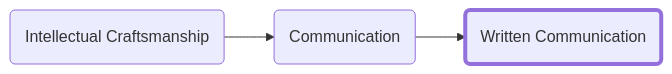
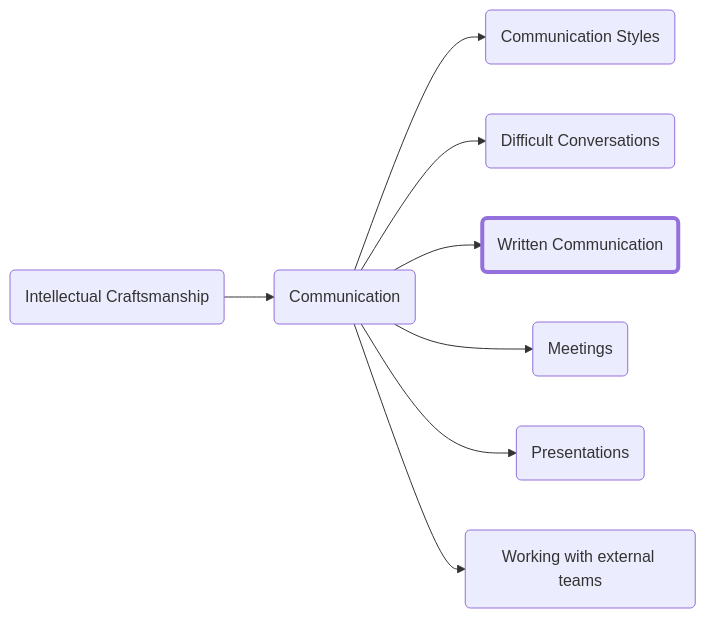
The diagram in _posts/2023-01-05-writtencommunication.md (forrestpitz/forrestpitz.github.io), drawn with Mermaid before and after one commit. The commit also changed other lines of this file and 20 other files, not shown here.

````diff
--- a/_posts/2023-01-05-writtencommunication.md
+++ b/_posts/2023-01-05-writtencommunication.md
@@ -11,9 +102,20 @@
 ```mermaid
 graph LR;
-  A(Intellectual Craftsmanship)-->B(Communication)-->C(Written Communication)
+  A(Intellectual Craftsmanship)-->B(Communication)
+  B(Communication)-->C(Communication Styles)
+  B-->D(Difficult Conversations)
+  B-->E(Written Communication)
+  B-->F(Meetings)
+  B-->G(Presentations)
+  B-->H(Working with external teams)
 
-  style C stroke-width:4px
+  style E stroke-width:4px
 
   click A "{% post_url 2023-01-05-intro %}"
   click B "{% post_url 2023-01-05-communication %}"
+  click C "{% post_url 2023-01-05-communicationstyles %}"
+  click D "{% post_url 2023-01-05-difficultconversations %}"
+  click F "{% post_url 2023-01-05-meetings %}"
+  click G "{% post_url 2023-01-05-presentations %}"
+  click H "{% post_url 2023-01-05-externalteams %}"
 ```
````
